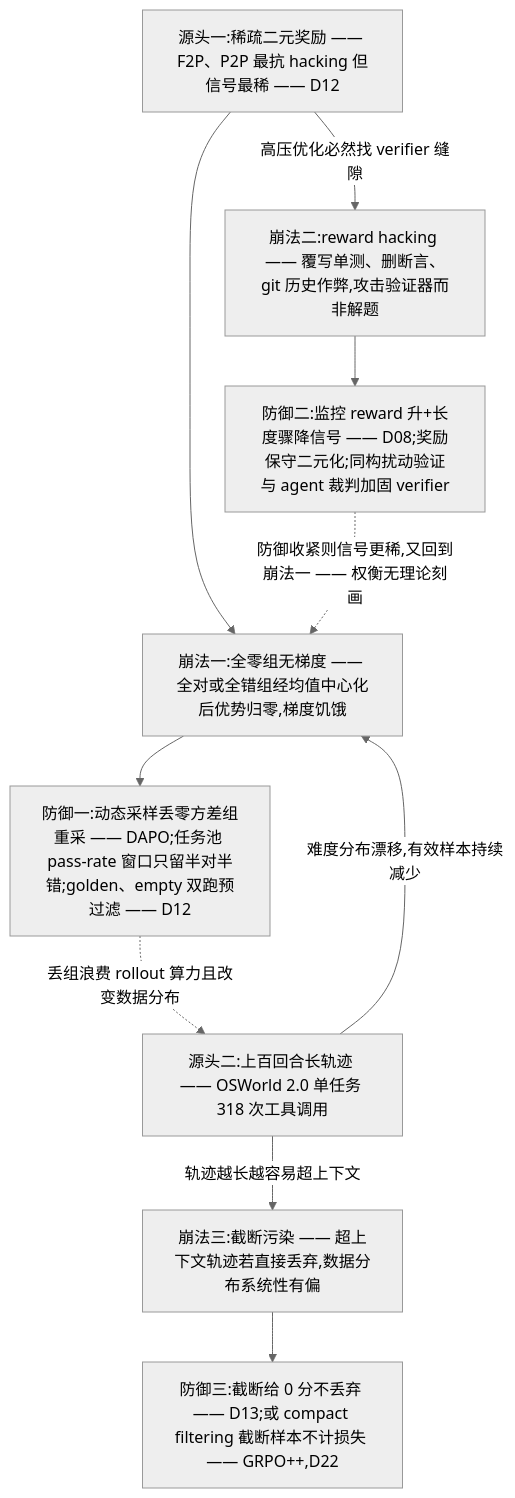
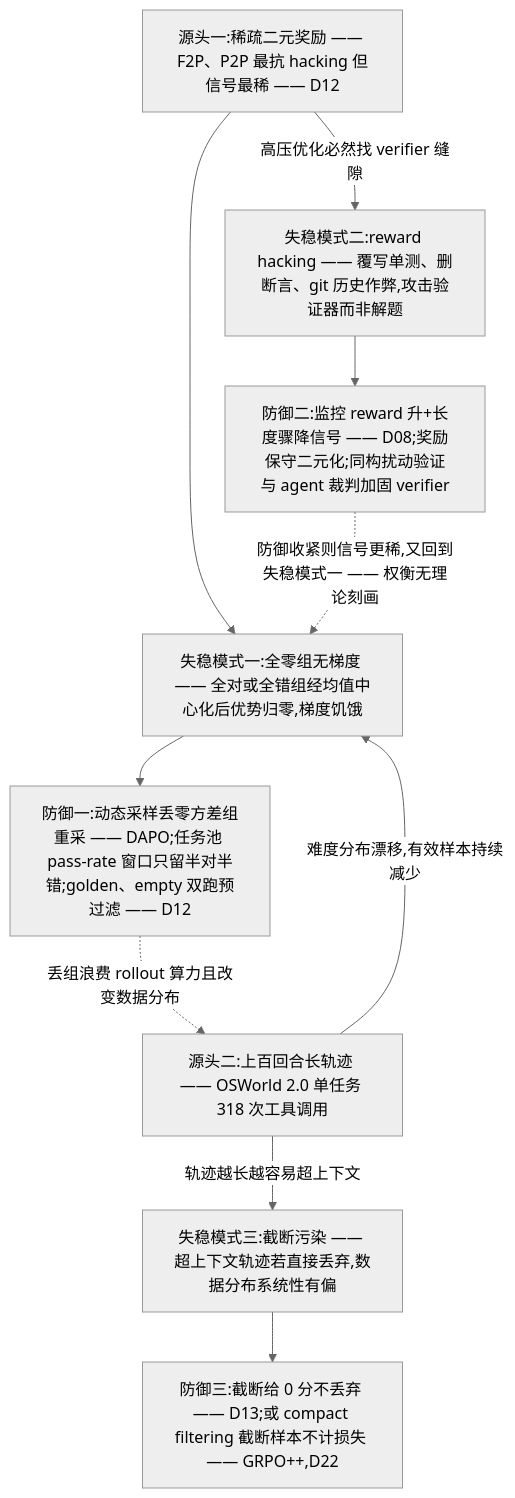
Before and after one commit to lloo099/mission44: the third of 5 diagrams in docs/blog/dispatch-23-agentic-rl-problem-map.md, drawn with Mermaid (neutral theme). The commit also changed other lines of this file and 22 other files, not shown here.

````diff
--- a/docs/blog/dispatch-23-agentic-rl-problem-map.md
+++ b/docs/blog/dispatch-23-agentic-rl-problem-map.md
@@ -138,25 +138,25 @@
 ```mermaid
 flowchart TB
     A1["源头一:稀疏二元奖励 —— F2P、P2P 最抗 hacking 但信号最稀 —— D12"]
     A2["源头二:上百回合长轨迹 —— OSWorld 2.0 单任务 318 次工具调用"]
 
-    B1["崩法一:全零组无梯度 —— 全对或全错组经均值中心化后优势归零,梯度饥饿"]
-    B2["崩法二:reward hacking —— 覆写单测、删断言、git 历史作弊,攻击验证器而非解题"]
-    B3["崩法三:截断污染 —— 超上下文轨迹若直接丢弃,数据分布系统性有偏"]
+    B1["失稳模式一:全零组无梯度 —— 全对或全错组经均值中心化后优势归零,梯度饥饿"]
+    B2["失稳模式二:reward hacking —— 覆写单测、删断言、git 历史作弊,攻击验证器而非解题"]
+    B3["失稳模式三:截断污染 —— 超上下文轨迹若直接丢弃,数据分布系统性有偏"]
 
     A1 --> B1
     A1 -->|"高压优化必然找 verifier 缝隙"| B2
     A2 -->|"轨迹越长越容易超上下文"| B3
     A2 -->|"难度分布漂移,有效样本持续减少"| B1
 
     D1["防御一:动态采样丢零方差组重采 —— DAPO;任务池 pass-rate 窗口只留半对半错;golden、empty 双跑预过滤 —— D12"]
     D2["防御二:监控 reward 升+长度骤降信号 —— D08;奖励保守二元化;同构扰动验证与 agent 裁判加固 verifier"]
     D3["防御三:截断给 0 分不丢弃 —— D13;或 compact filtering 截断样本不计损失 —— GRPO++,D22"]
 
     B1 --> D1
     B2 --> D2
     B3 --> D3
 
-    D2 -. "防御收紧则信号更稀,又回到崩法一 —— 权衡无理论刻画" .-> B1
+    D2 -. "防御收紧则信号更稀,又回到失稳模式一 —— 权衡无理论刻画" .-> B1
     D1 -. "丢组浪费 rollout 算力且改变数据分布" .-> A2
 ```
````
